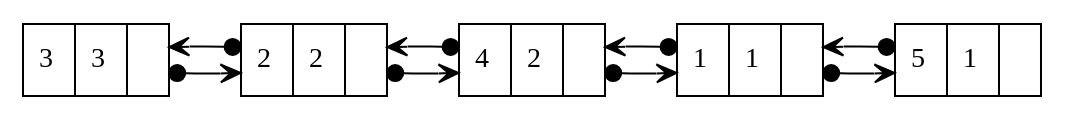
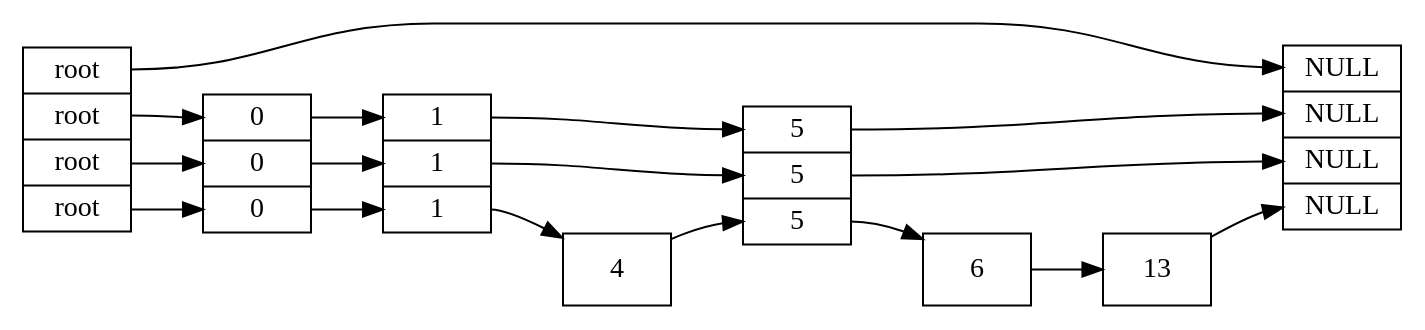
Before and after one commit to CSRT-NTUA/AlgoPlus: the diagram in examples/list/unnamed.dot, drawn with Graphviz. The commit also changed 1 other file, not shown here.

```diff
--- a/examples/list/unnamed.dot
+++ b/examples/list/unnamed.dot
@@ -1,17 +1,28 @@
 digraph list {
 rankdir=LR;
 node [shape=record;]
-3 [label=<{ 3 | 3 | }>] ;
-2 [label=<{ 2 | 2 | }>] ;
-4 [label=<{ 4 | 2 | }>] ;
-1 [label=<{ 1 | 1 | }>] ;
-5 [label=<{ 5 | 1 | }>] ;
-3:ref -> 2:data [arrowhead=vee, arrowtail=dot, dir=both];
-2:data -> 3:ref [arrowhead=vee, arrowtail=dot, dir=both];
-2:ref -> 4:data [arrowhead=vee, arrowtail=dot, dir=both];
-4:data -> 2:ref [arrowhead=vee, arrowtail=dot, dir=both];
-4:ref -> 1:data [arrowhead=vee, arrowtail=dot, dir=both];
-1:data -> 4:ref [arrowhead=vee, arrowtail=dot, dir=both];
-1:ref -> 5:data [arrowhead=vee, arrowtail=dot, dir=both];
-5:data -> 1:ref [arrowhead=vee, arrowtail=dot, dir=both];
+root [label="<3> root | <2> root | <1> root | <0> root"];
+NULL [label="<3> NULL | <2> NULL | <1> NULL | <0> NULL"];
+root:3 -> NULL:3 ;
+0 [label="<2> 0 | <1> 0 | <0> 0"];
+root:2 -> 0:2 ;
+1 [label="<2> 1 | <1> 1 | <0> 1"];
+0:2 -> 1:2 ;
+5 [label="<2> 5 | <1> 5 | <0> 5"];
+1:2 -> 5:2 ;
+5:2 -> NULL:2 ;
+root:1 -> 0:1 ;
+0:1 -> 1:1 ;
+1:1 -> 5:1 ;
+5:1 -> NULL:1 ;
+root:0 -> 0:0 ;
+0:0 -> 1:0 ;
+4 [label="<0> 4"];
+1:0 -> 4:0 ;
+4:0 -> 5:0 ;
+6 [label="<0> 6"];
+5:0 -> 6:0 ;
+13 [label="<0> 13"];
+6:0 -> 13:0 ;
+13:0 -> NULL:0 ;
 }
```
